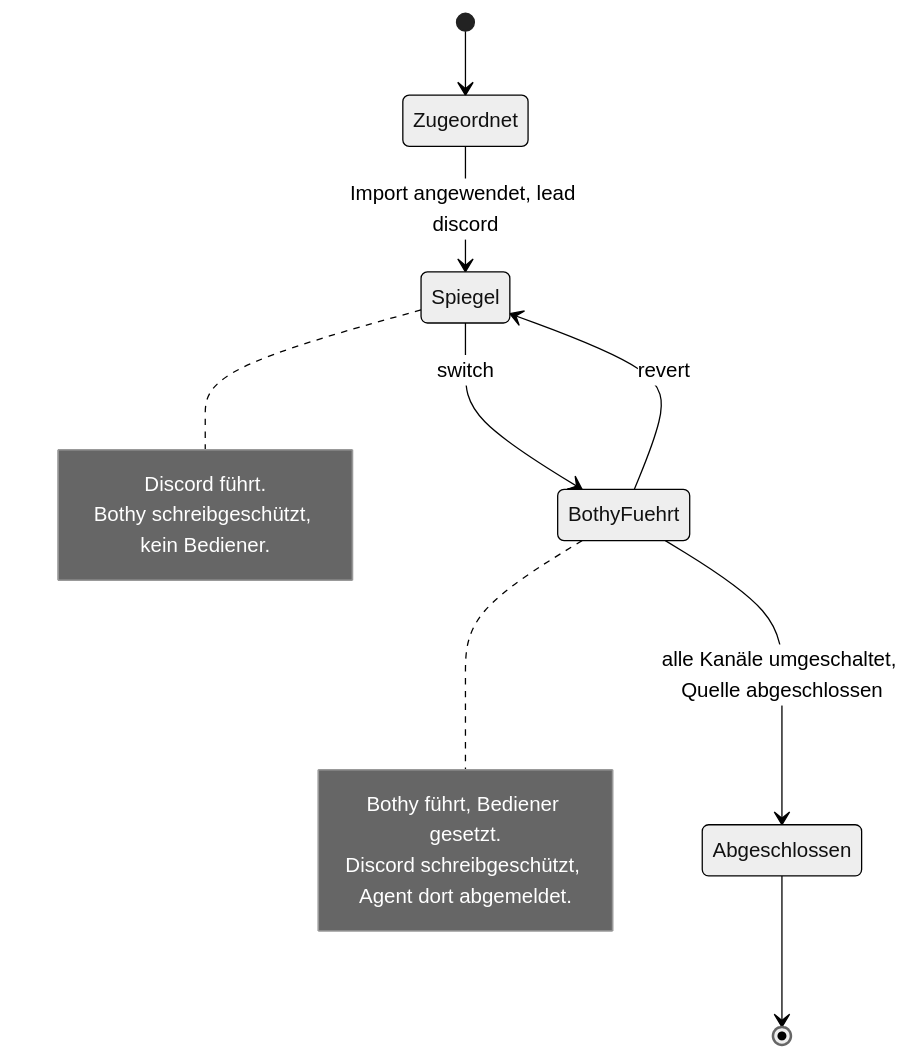
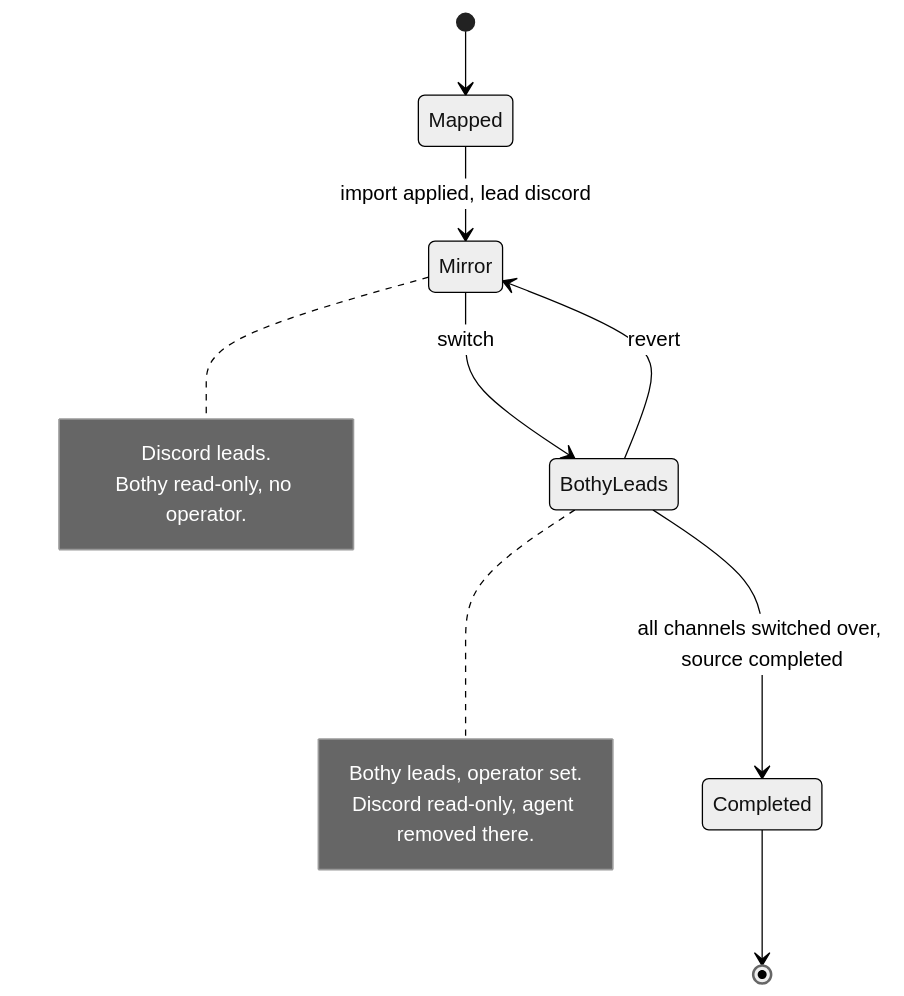
One commit to mguttmann/bothy changed the second of 2 diagrams in docs/spec/22-import-migration.md. Above: the diagram before and after it, drawn with Mermaid (neutral theme). The commit also changed other lines of this file and 73 other files, not shown here.

````diff
--- a/docs/spec/22-import-migration.md
+++ b/docs/spec/22-import-migration.md
@@ -586,17 +586,17 @@
 ```mermaid
 stateDiagram-v2
-    [*] --> Zugeordnet
-    Zugeordnet --> Spiegel: Import angewendet, lead discord
-    Spiegel --> BothyFuehrt: switch
-    BothyFuehrt --> Spiegel: revert
-    BothyFuehrt --> Abgeschlossen: alle Kanäle umgeschaltet, Quelle abgeschlossen
-    Abgeschlossen --> [*]
-    note right of Spiegel
-        Discord führt.
-        Bothy schreibgeschützt, kein Bediener.
+    [*] --> Mapped
+    Mapped --> Mirror: import applied, lead discord
+    Mirror --> BothyLeads: switch
+    BothyLeads --> Mirror: revert
+    BothyLeads --> Completed: all channels switched over, source completed
+    Completed --> [*]
+    note right of Mirror
+        Discord leads.
+        Bothy read-only, no operator.
     end note
-    note right of BothyFuehrt
-        Bothy führt, Bediener gesetzt.
-        Discord schreibgeschützt, Agent dort abgemeldet.
+    note right of BothyLeads
+        Bothy leads, operator set.
+        Discord read-only, agent removed there.
     end note
 ```
````
